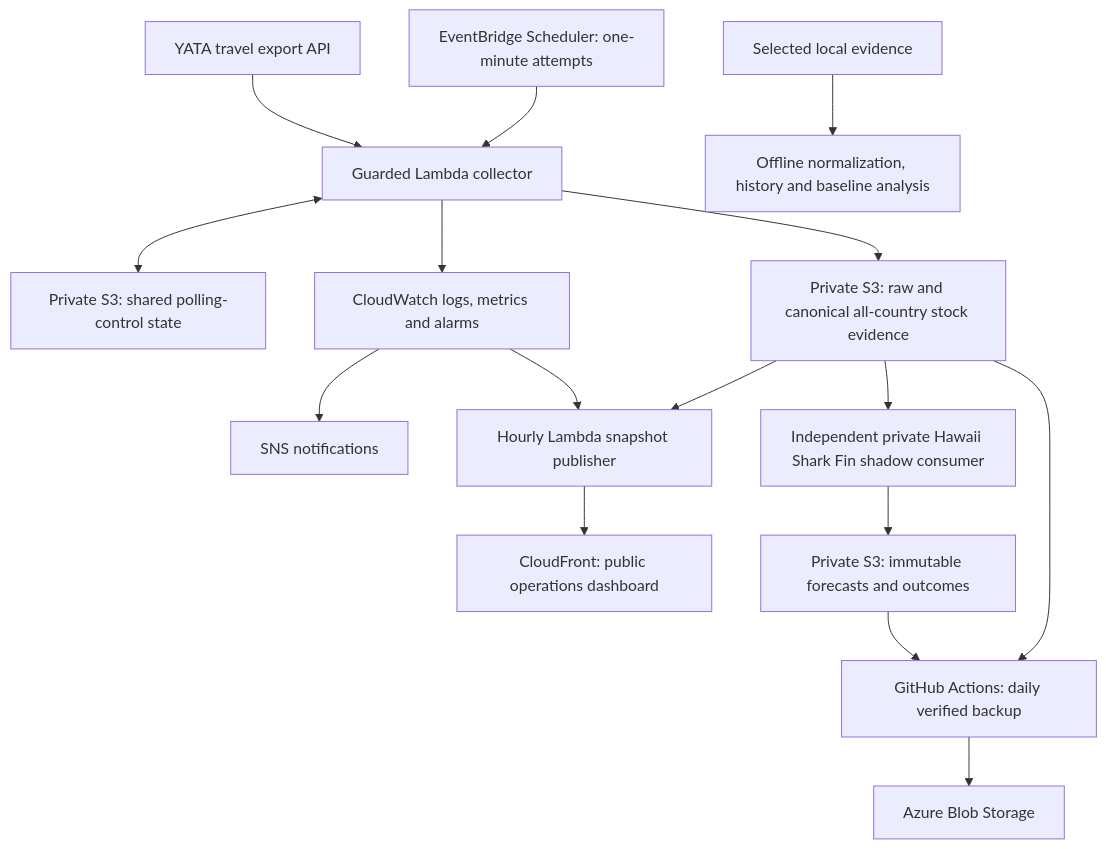
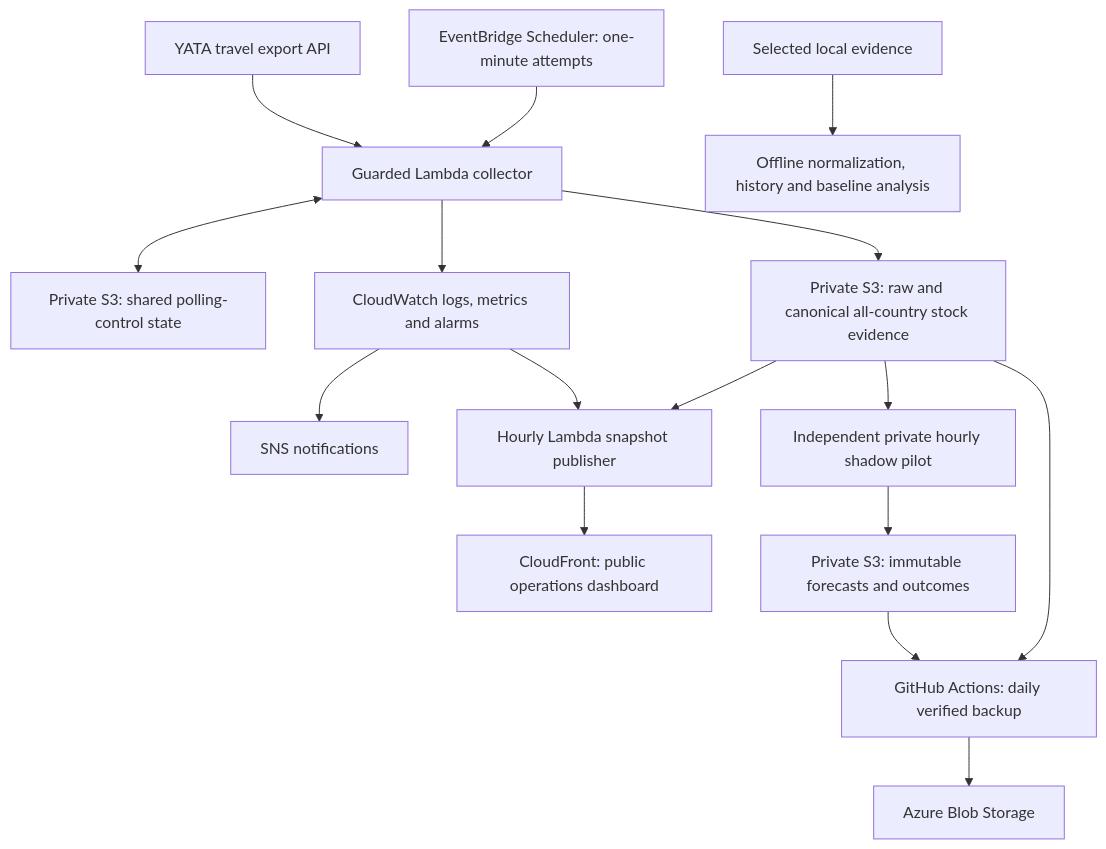
One commit to epmelito/TornRedeye changed the diagram in README.md. Above: the diagram before and after it, drawn with Mermaid. The commit also changed other lines of this file and 10 other files, not shown here.

````diff
--- a/README.md
+++ b/README.md
@@ -20,18 +20,18 @@
 ```mermaid
 flowchart TD
     schedule["EventBridge Scheduler: one-minute attempts"] --> collector["Guarded Lambda collector"]
     source["YATA travel export API"] --> collector
     collector <--> control["Private S3: shared polling-control state"]
     collector --> history["Private S3: raw and canonical all-country stock evidence"]
     collector --> monitoring["CloudWatch logs, metrics and alarms"]
     monitoring --> notifications["SNS notifications"]
     history --> backup["GitHub Actions: daily verified backup"]
     backup --> azure["Azure Blob Storage"]
     history --> publisher["Hourly Lambda snapshot publisher"]
     monitoring --> publisher
     publisher --> dashboard["CloudFront: public operations dashboard"]
-    history --> shadow["Independent private Hawaii Shark Fin shadow consumer"]
+    history --> shadow["Independent private hourly shadow pilot"]
     shadow --> forecasts["Private S3: immutable forecasts and outcomes"]
     forecasts --> backup
     local["Selected local evidence"] --> analysis["Offline normalization, history and baseline analysis"]
 ```
````
